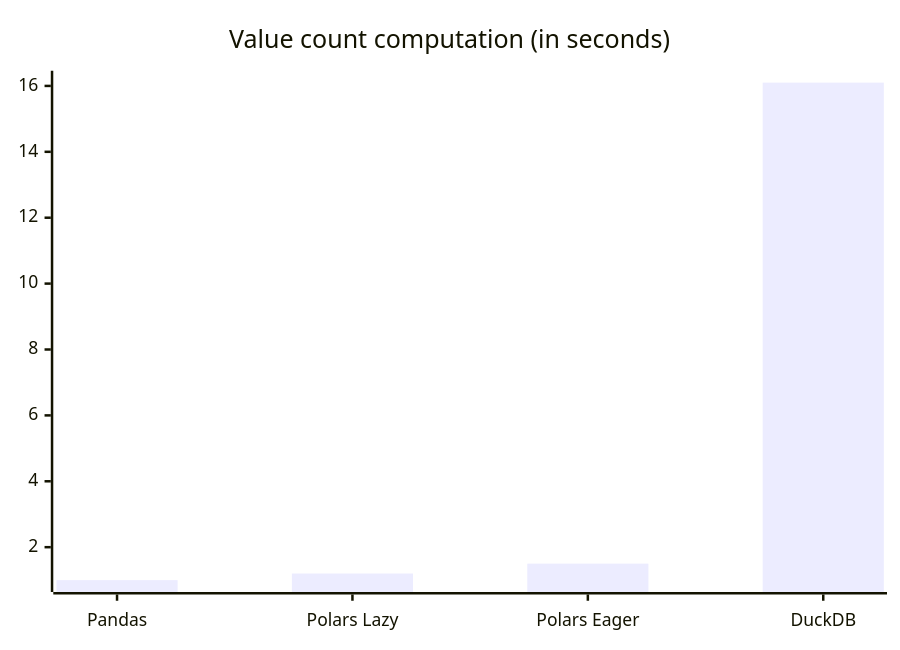
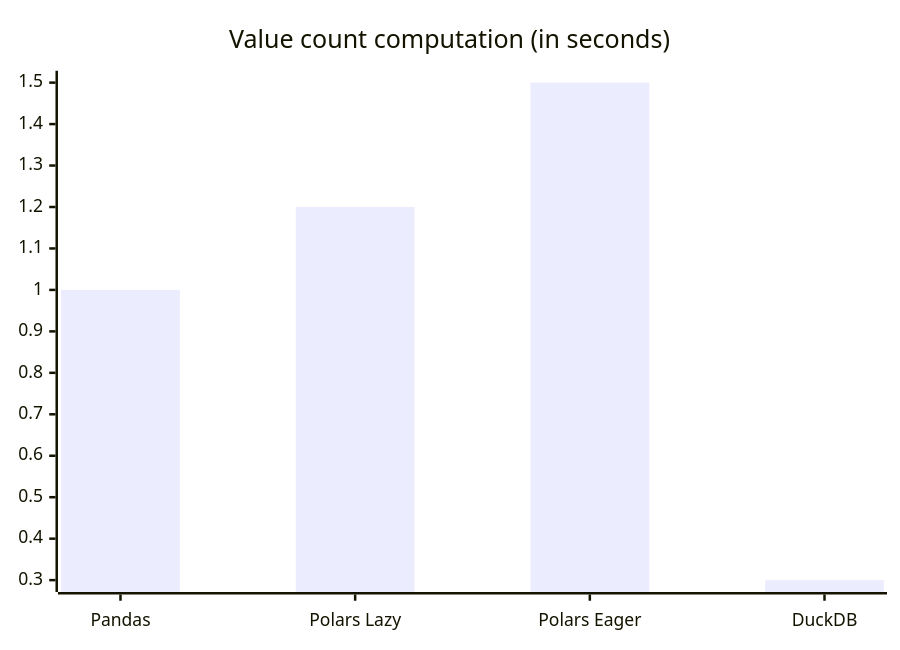
The third of 4 diagrams in docs/en/blog/2025/06-22-parquet-benchmark-pandas-polars-duckdb.md (vroger11/vroger11.github.io), drawn with Mermaid before and after one commit. The commit also changed other lines of this file and 1 other file, not shown here.

````diff
--- a/docs/en/blog/2025/06-22-parquet-benchmark-pandas-polars-duckdb.md
+++ b/docs/en/blog/2025/06-22-parquet-benchmark-pandas-polars-duckdb.md
@@ -129,6 +131,6 @@
 ```mermaid
 xychart-beta
     title "Value count computation (in seconds)"
     x-axis ["Pandas", "Polars Lazy", "Polars Eager", DuckDB]
-    bar [1.0, 1.2, 1.5, 16.1]
+    bar [1.0, 1.2, 1.5, 0.3]
 ```
````
